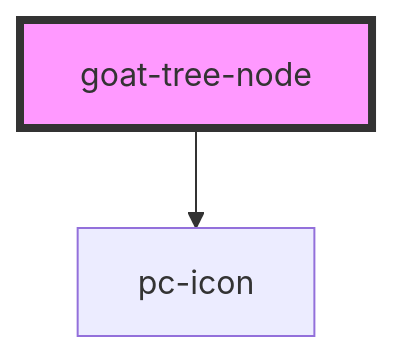
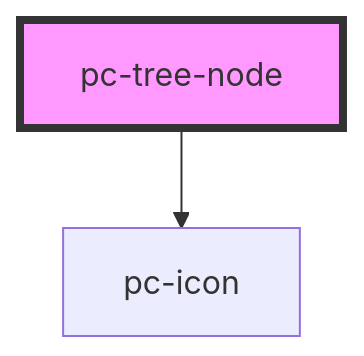
The diagram in src/components/tree-view/tree-node/readme.md (redvars/peacock), drawn with Mermaid before and after one commit. The commit also changed other lines of this file and 127 other files, not shown here.

````diff
--- a/src/components/tree-view/tree-node/readme.md
+++ b/src/components/tree-view/tree-node/readme.md
@@ -62,5 +62,5 @@
 ```mermaid
 graph TD;
-  goat-tree-node --> pc-icon
-  style goat-tree-node fill:#f9f,stroke:#333,stroke-width:4px
+  pc-tree-node --> pc-icon
+  style pc-tree-node fill:#f9f,stroke:#333,stroke-width:4px
 ```
````
